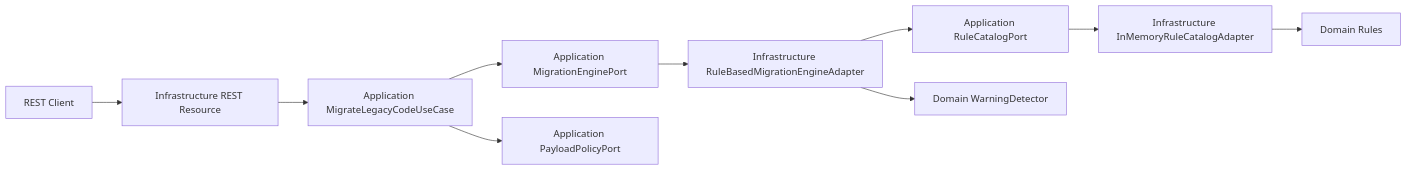
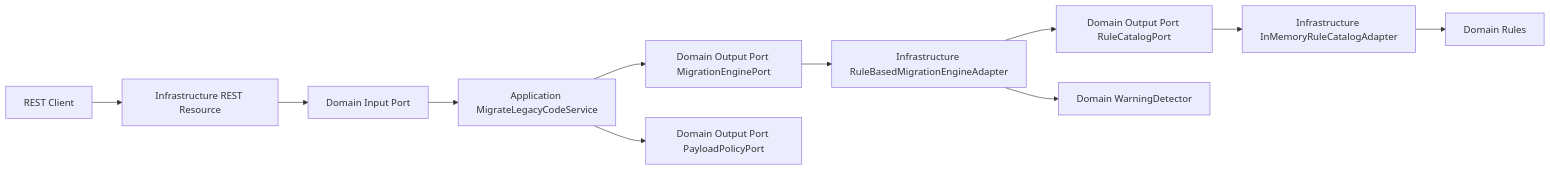
The diagram in README.md (ourhyt-org/our-kata-senior-conversorcode-mngr), drawn with Mermaid before and after one commit. The commit also changed other lines of this file and 101 other files, not shown here.

````diff
--- a/README.md
+++ b/README.md
@@ -17,12 +33,13 @@
 ```mermaid
 graph LR
   Client[REST Client] --> Resource[Infrastructure REST Resource]
-  Resource --> UseCase[Application MigrateLegacyCodeUseCase]
-  UseCase --> EnginePort[Application MigrationEnginePort]
-  UseCase --> PolicyPort[Application PayloadPolicyPort]
+  Resource --> InPort[Domain Input Port]
+  InPort --> AppService[Application MigrateLegacyCodeService]
+  AppService --> EnginePort[Domain Output Port MigrationEnginePort]
+  AppService --> PolicyPort[Domain Output Port PayloadPolicyPort]
   EnginePort --> EngineAdapter[Infrastructure RuleBasedMigrationEngineAdapter]
-  EngineAdapter --> RuleCatalogPort[Application RuleCatalogPort]
+  EngineAdapter --> RuleCatalogPort[Domain Output Port RuleCatalogPort]
   RuleCatalogPort --> RuleCatalogAdapter[Infrastructure InMemoryRuleCatalogAdapter]
   RuleCatalogAdapter --> DomainRules[Domain Rules]
   EngineAdapter --> WarningDetector[Domain WarningDetector]
 ```
````
